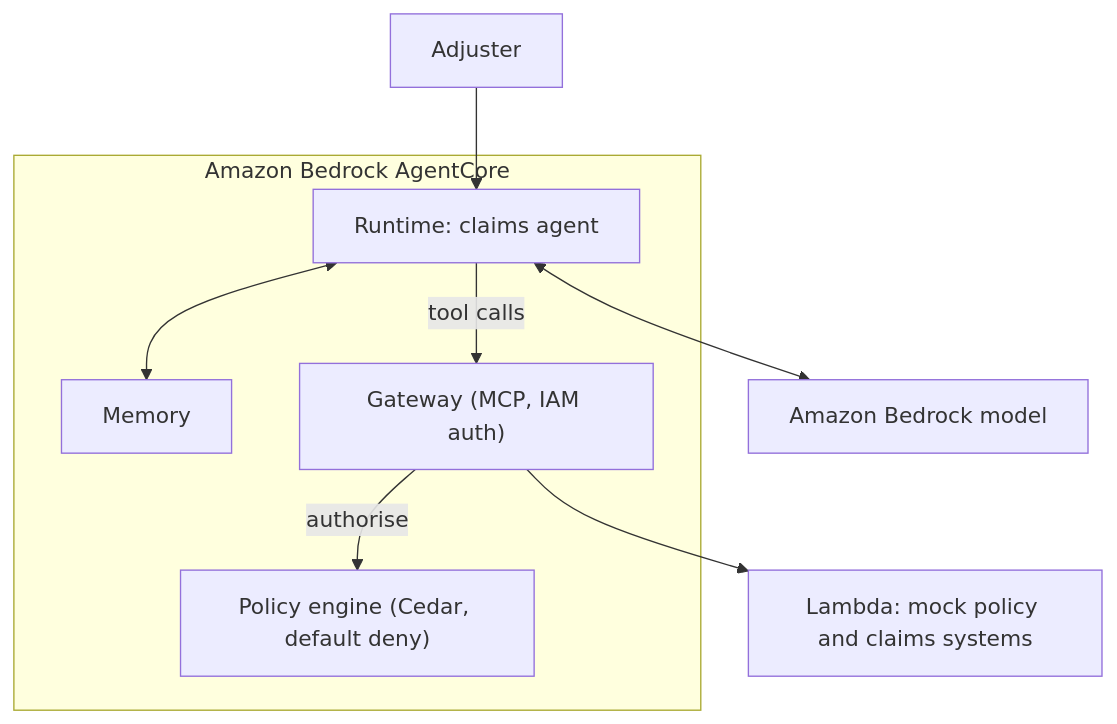
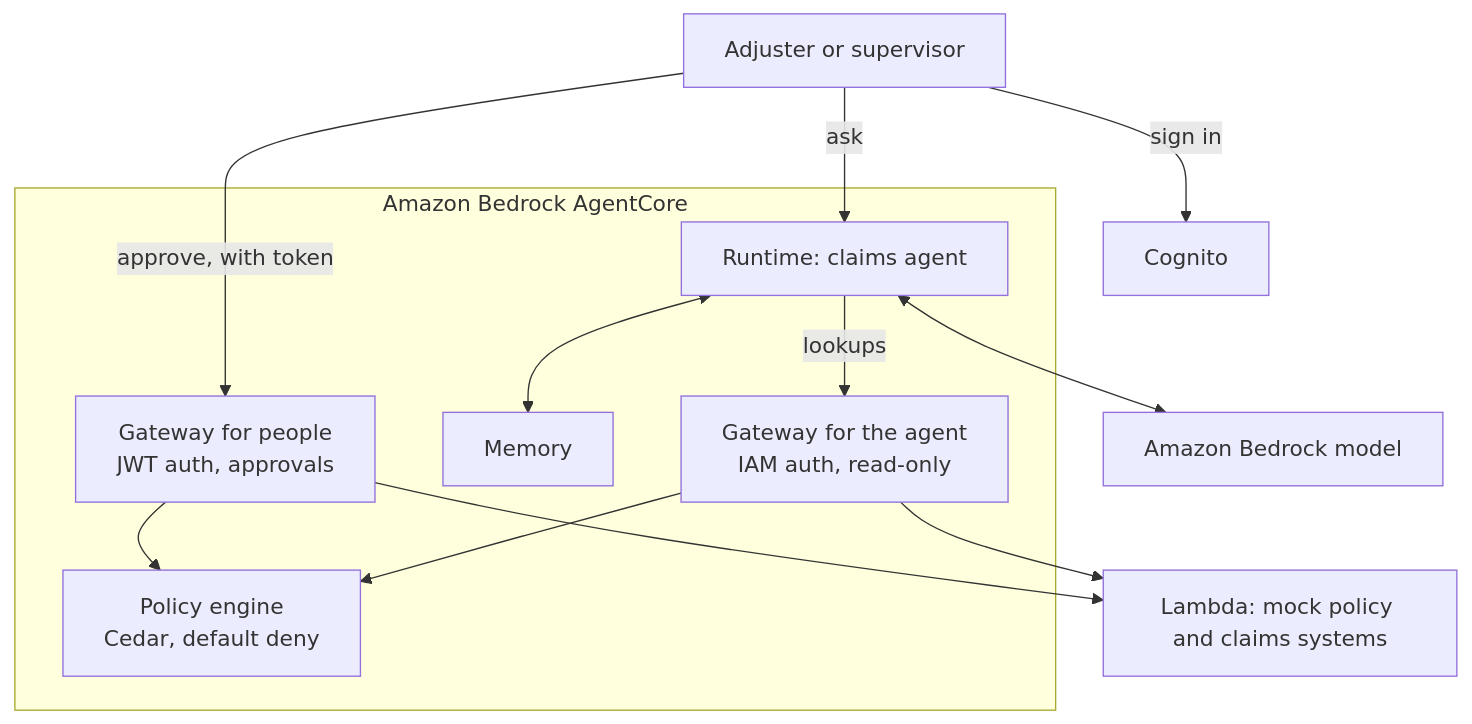
The diagram in README.md (sayush2807/agentcore-claims-copilot), drawn with Mermaid before and after one commit. The commit also changed other lines of this file and 6 other files, not shown here.

````diff
--- a/README.md
+++ b/README.md
@@ -20,18 +20,25 @@
 ```mermaid
 flowchart TD
-    adjuster["Adjuster"] --> runtime
+    person["Adjuster or supervisor"]
+    person -- "ask" --> runtime
+    person -- "sign in" --> cognito["Cognito"]
+    person -- "approve, with token" --> actions
+
     subgraph agentcore["Amazon Bedrock AgentCore"]
         runtime["Runtime: claims agent"]
         memory["Memory"]
-        gateway["Gateway (MCP, IAM auth)"]
-        policy["Policy engine (Cedar, default deny)"]
+        legacy["Gateway for the agent<br/>IAM auth, read-only"]
+        actions["Gateway for people<br/>JWT auth, approvals"]
+        policy["Policy engine<br/>Cedar, default deny"]
     end
     model["Amazon Bedrock model"]
     lambda["Lambda: mock policy and claims systems"]
 
     runtime <--> model
     runtime <--> memory
-    runtime -- "tool calls" --> gateway
-    gateway -- "authorise" --> policy
-    gateway --> lambda
+    runtime -- "lookups" --> legacy
+    legacy --> policy
+    actions --> policy
+    legacy --> lambda
+    actions --> lambda
 ```
````
